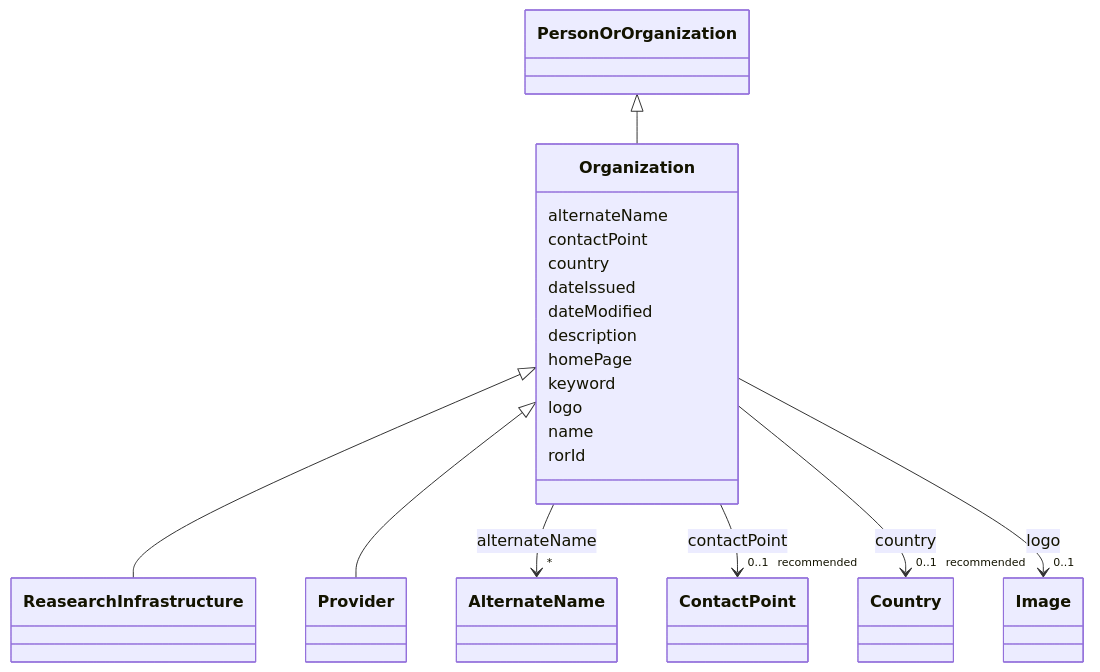
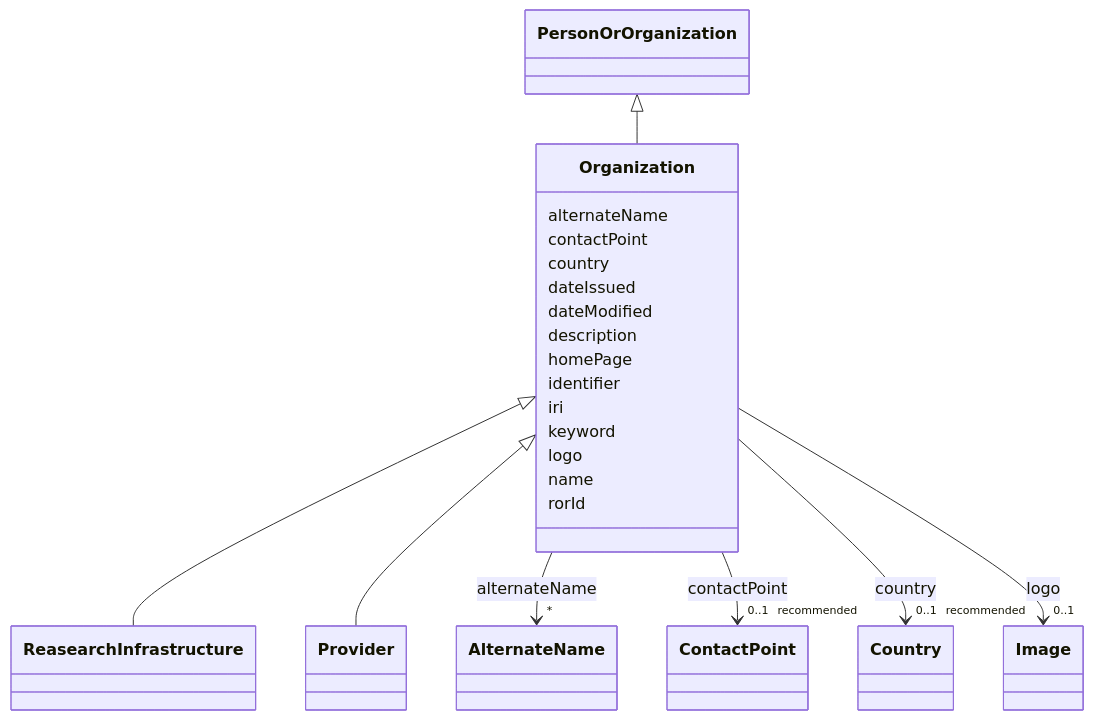
Before and after one commit to EVORA-project/evora-ontology: the diagram in models/docs/Organization.md, drawn with Mermaid. The commit also changed other lines of this file and 391 other files, not shown here.

````diff
--- a/models/docs/Organization.md
+++ b/models/docs/Organization.md
@@ -19,66 +19,70 @@
 ```mermaid
  classDiagram
     class Organization
     click Organization href "../Organization"
       PersonOrOrganization <|-- Organization
         click PersonOrOrganization href "../PersonOrOrganization"
       
 
       Organization <|-- ReasearchInfrastructure
         click ReasearchInfrastructure href "../ReasearchInfrastructure"
       Organization <|-- Provider
         click Provider href "../Provider"
       
       
       Organization : alternateName
         
           
     
     
     Organization --> "*" AlternateName : alternateName
     click AlternateName href "../AlternateName"
 
         
       Organization : contactPoint
         
           
     
     
     Organization --> "0..1 _recommended_" ContactPoint : contactPoint
     click ContactPoint href "../ContactPoint"
 
         
       Organization : country
         
           
     
     
     Organization --> "0..1 _recommended_" Country : country
     click Country href "../Country"
 
         
       Organization : dateIssued
         
       Organization : dateModified
         
       Organization : description
         
       Organization : homePage
         
+      Organization : identifier
+        
+      Organization : iri
+        
       Organization : keyword
         
       Organization : logo
         
           
     
     
     Organization --> "0..1" Image : logo
     click Image href "../Image"
 
         
       Organization : name
         
       Organization : rorId
         
       
 ```
````
